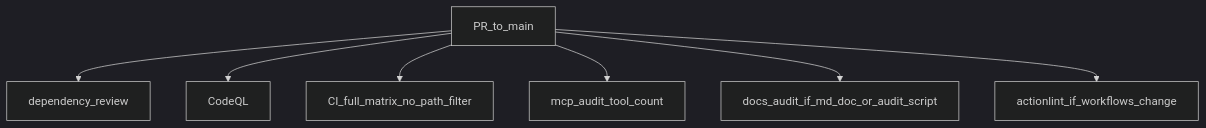
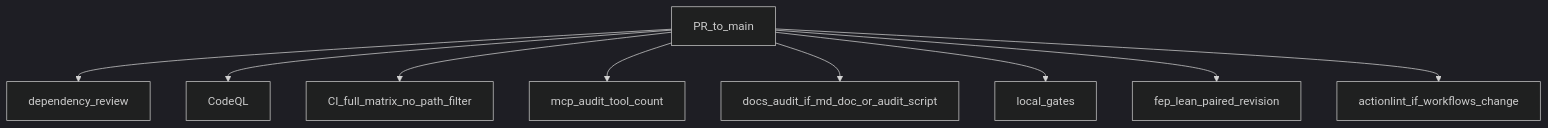
The second of 2 diagrams in .github/README.md (ActiveInferenceInstitute/GeneralizedNotationNotation), drawn with Mermaid (dark theme) before and after one commit. The commit also changed other lines of this file and 6 other files, not shown here.

First line of the commit message:
docs: inventory the local-gates and paired-revision workflows; ci: concurrency group

````diff
--- a/.github/README.md
+++ b/.github/README.md
@@ -302,10 +306,12 @@
 ```mermaid
 flowchart TB
   pr[PR_to_main]
   pr --> dep[dependency_review]
   pr --> cq[CodeQL]
   pr --> ci[CI_full_matrix_no_path_filter]
   pr --> mc[mcp_audit_tool_count]
   pr --> da[docs_audit_if_md_doc_or_audit_script]
+  pr --> lg[local_gates]
+  pr --> fp[fep_lean_paired_revision]
   pr --> al[actionlint_if_workflows_change]
 ```
````
